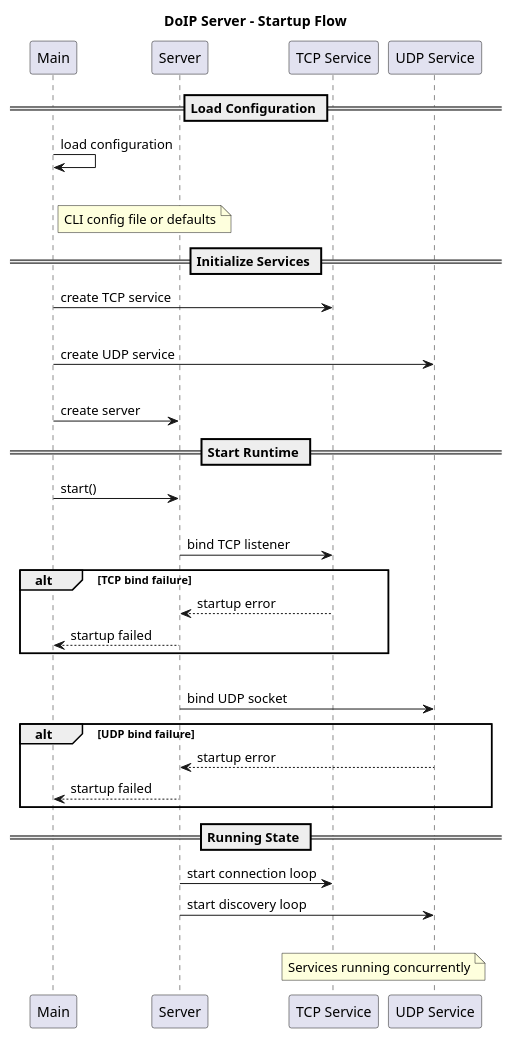
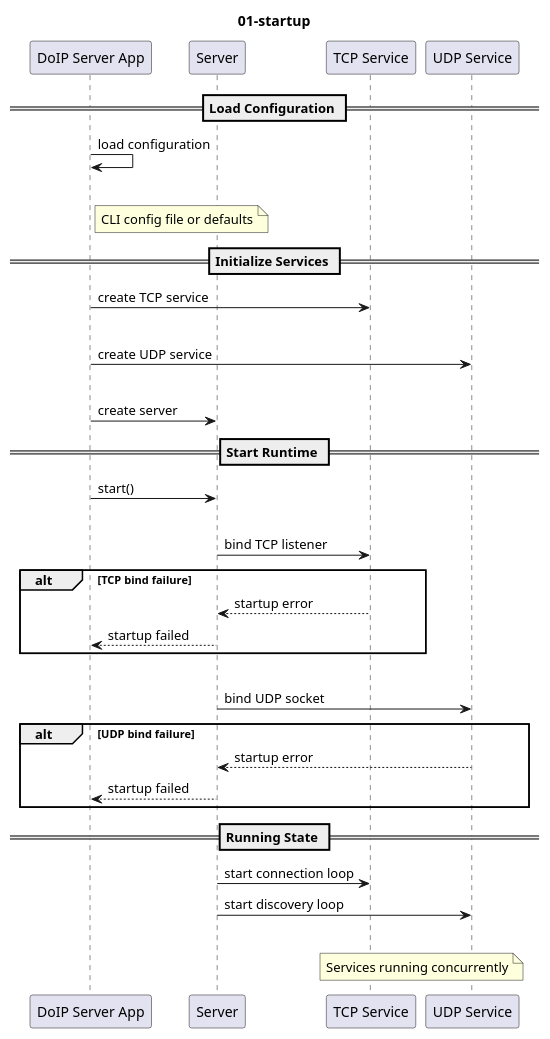
Before and after one commit to VinaykumarRS1995/uds2sovd-proxy: the diagram in docs/01-startup.puml, drawn with PlantUML. The commit also changed other lines of this file and 48 other files, not shown here.

```diff
--- a/docs/01-startup.puml
+++ b/docs/01-startup.puml
@@ -1,62 +13,62 @@
 @startuml Startup
-title DoIP Server - Startup Flow
+title 01-startup
 
 <style>
 sequenceDiagram {
     LineType ortho
     MessageAlign center
     ResponseMessageBelowArrow true
     ParticipantPadding 40
 }
 </style>
 
-participant "Main" as Main
+participant "DoIP Server App" as DoipServerApp
 participant "Server" as Server
 participant "TCP Service" as Tcp
 participant "UDP Service" as Udp
 
 == Load Configuration ==
 
-Main -> Main: load configuration
+DoipServerApp -> DoipServerApp: load configuration
 |||
-note right of Main
+note right of DoipServerApp
   CLI config file or defaults
 end note
 
 == Initialize Services ==
 
-Main -> Tcp: create TCP service
+DoipServerApp -> Tcp: create TCP service
 |||
-Main -> Udp: create UDP service
+DoipServerApp -> Udp: create UDP service
 |||
-Main -> Server: create server
+DoipServerApp -> Server: create server
 
 == Start Runtime ==
 
-Main -> Server: start()
+DoipServerApp -> Server: start()
 |||
 
 Server -> Tcp: bind TCP listener
 alt TCP bind failure
   Tcp --> Server: startup error
-  Server --> Main: startup failed
+  Server --> DoipServerApp: startup failed
 end
 |||
 
 Server -> Udp: bind UDP socket
 alt UDP bind failure
   Udp --> Server: startup error
-  Server --> Main: startup failed
+  Server --> DoipServerApp: startup failed
 end
 
 == Running State ==
 
 Server -> Tcp: start connection loop
 Server -> Udp: start discovery loop
 |||
 
 note over Tcp, Udp
   Services running concurrently
 end note
 
 @enduml
```
